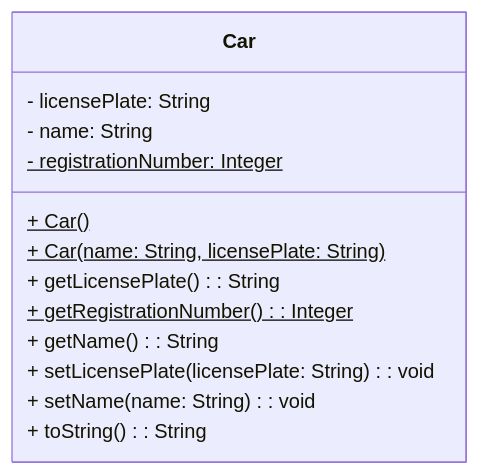
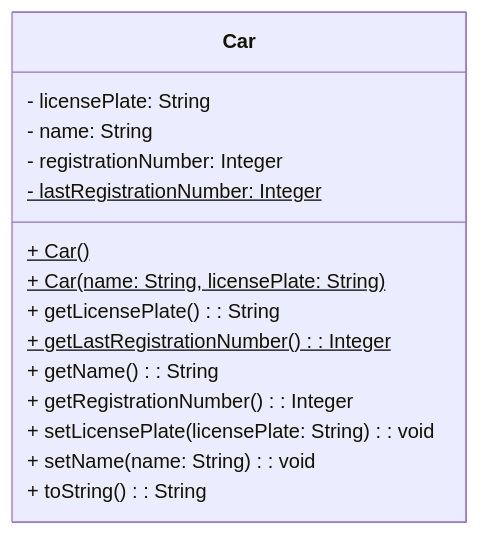
Before and after one commit to C4lopsitta/notes: the diagram in dsifjli.md, drawn with Mermaid. The commit also changed 1 other file, not shown here.

Commit message:
school obsidian vault backup 2023-09-19 13:15:43

````diff
--- a/dsifjli.md
+++ b/dsifjli.md
@@ -1,16 +1,18 @@
 ```mermaid
 classDiagram
 class Car{
 	- licensePlate: String
 	- name: String
-	- registrationNumber: Integer$
+	- registrationNumber: Integer
+	- lastRegistrationNumber: Integer$
 	+ Car()$
 	+ Car(name: String, licensePlate: String)$
 	+ getLicensePlate(): String
-	+ getRegistrationNumber(): Integer$
+	+ getLastRegistrationNumber(): Integer$
 	+ getName(): String
+	+ getRegistrationNumber(): Integer
 	+ setLicensePlate(licensePlate: String): void
 	+ setName(name: String): void
 	+ toString(): String
 }
 ```
````
